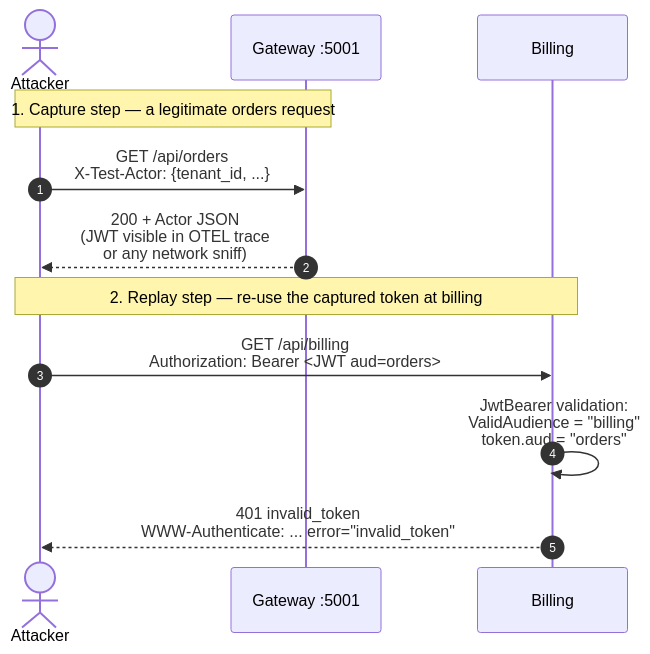
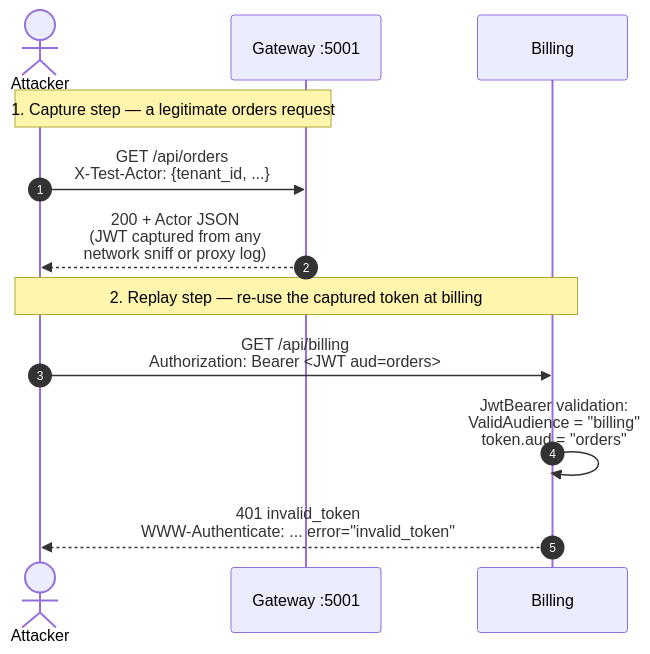
One commit to xavierjohn/Trellis.Microservices changed the sixth of 11 diagrams in examples/Sample/ARCHITECTURE.md. Above: the diagram before and after it, drawn with Mermaid. The commit also changed other lines of this file and 4 other files, not shown here.

````diff
--- a/examples/Sample/ARCHITECTURE.md
+++ b/examples/Sample/ARCHITECTURE.md
@@ -303,14 +305,14 @@
 ```mermaid
 sequenceDiagram
     autonumber
     actor A as Attacker
     participant G as Gateway :5001
     participant B as Billing
     Note over A,G: 1. Capture step — a legitimate orders request
     A->>G: GET /api/orders<br/>X-Test-Actor: {tenant_id, ...}
-    G-->>A: 200 + Actor JSON<br/>(JWT visible in OTEL trace<br/>or any network sniff)
+    G-->>A: 200 + Actor JSON<br/>(JWT captured from any<br/>network sniff or proxy log)
     Note over A,B: 2. Replay step — re-use the captured token at billing
     A->>B: GET /api/billing<br/>Authorization: Bearer <JWT aud=orders>
     B->>B: JwtBearer validation:<br/>ValidAudience = "billing"<br/>token.aud = "orders"
     B-->>A: 401 invalid_token<br/>WWW-Authenticate: ... error="invalid_token"
 ```
````
